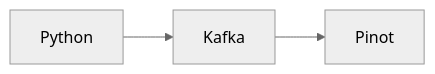
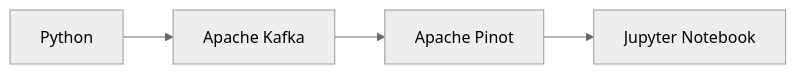
One commit to startreedata/examples changed the diagram in wikipedia/README.md. Above: the diagram before and after it, drawn with Mermaid (neutral theme). The commit also changed other lines of this file and 1 other file, not shown here.

````diff
--- a/wikipedia/README.md
+++ b/wikipedia/README.md
@@ -3,5 +5,5 @@
 ```mermaid
 flowchart LR
 
-Python-->Kafka-->Pinot
+Python-->k[Apache Kafka]-->p[Apache Pinot]-->j[Jupyter Notebook]
 ```
````
